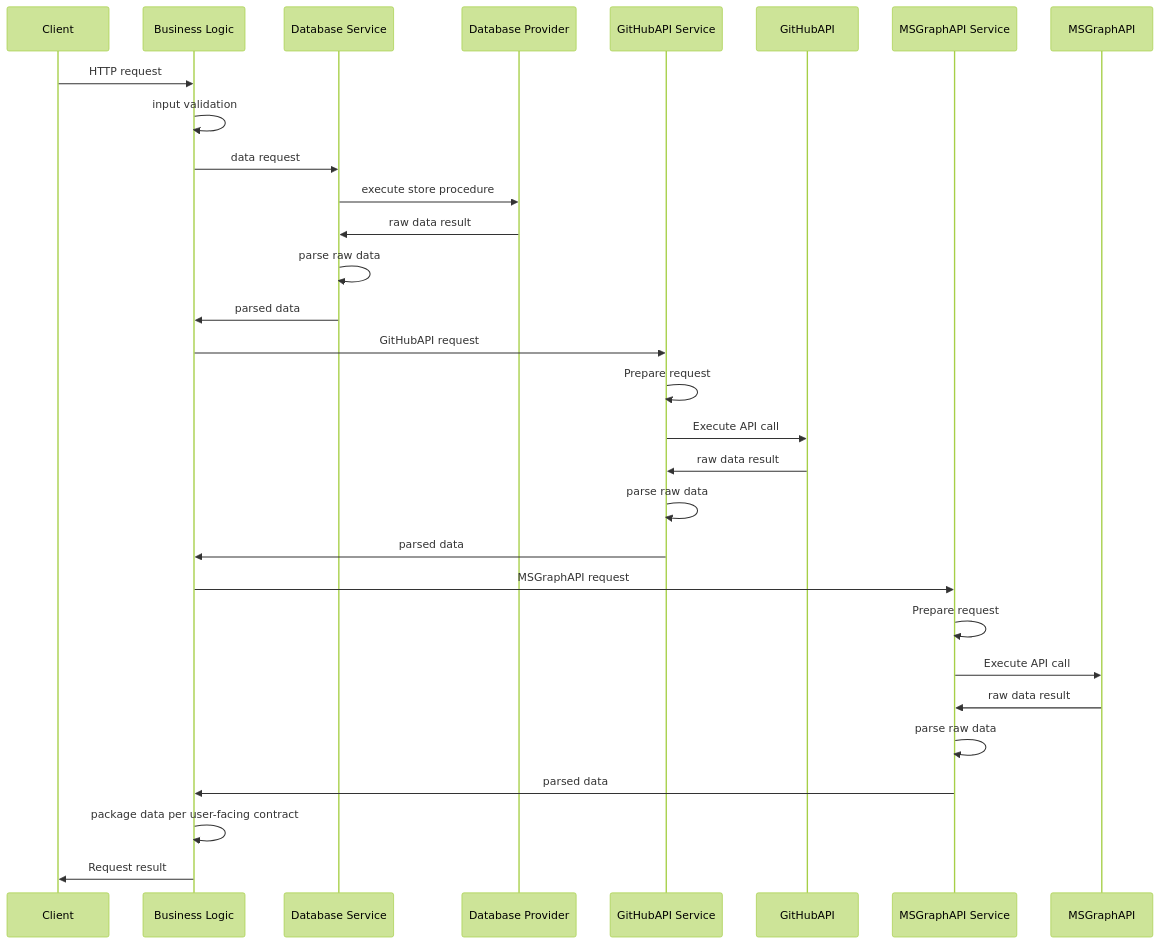
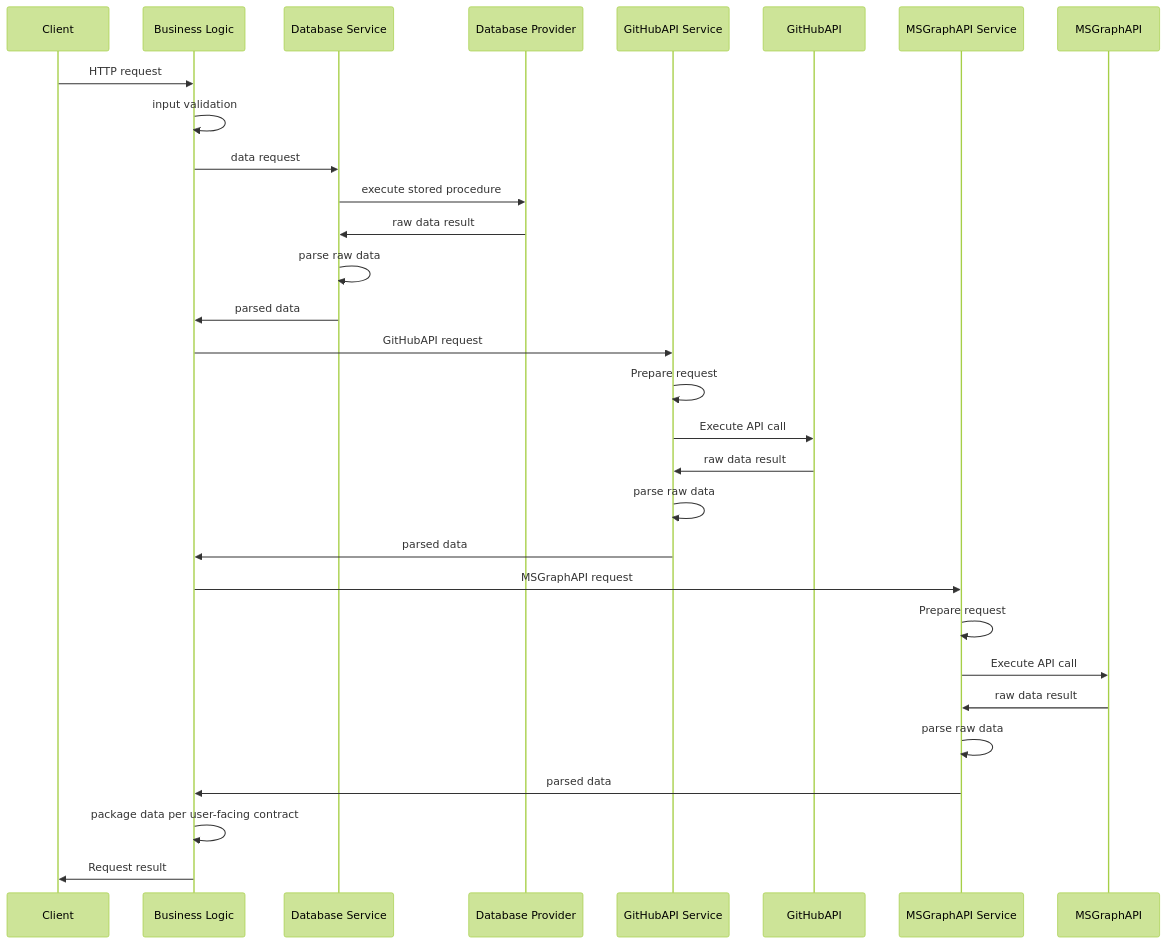
One commit to Avanade/gh-management changed the diagram in README.md. Above: the diagram before and after it, drawn with Mermaid (forest theme).

Commit message:
doc: fix typo error

````diff
--- a/README.md
+++ b/README.md
@@ -32,32 +32,32 @@
   ```mermaid
   sequenceDiagram
     participant Client
     participant Business Logic
     participant Database Service
     participant Database Provider
     participant GitHubAPI Service
     participant GitHubAPI
     participant MSGraphAPI Service
     participant MSGraphAPI
     Client->>Business Logic: HTTP request
     Business Logic->>Business Logic: input validation
     Business Logic->>Database Service: data request
-    Database Service->>Database Provider: execute store procedure
+    Database Service->>Database Provider: execute stored procedure
     Database Provider->>Database Service: raw data result
     Database Service->>Database Service: parse raw data
     Database Service->>Business Logic: parsed data
     Business Logic->>GitHubAPI Service: GitHubAPI request
     GitHubAPI Service->>GitHubAPI Service: Prepare request
     GitHubAPI Service->>GitHubAPI: Execute API call
     GitHubAPI->>GitHubAPI Service: raw data result
     GitHubAPI Service->>GitHubAPI Service: parse raw data
     GitHubAPI Service->>Business Logic: parsed data
     Business Logic->>MSGraphAPI Service: MSGraphAPI request
     MSGraphAPI Service->>MSGraphAPI Service: Prepare request
     MSGraphAPI Service->>MSGraphAPI: Execute API call
     MSGraphAPI->>MSGraphAPI Service: raw data result
     MSGraphAPI Service->>MSGraphAPI Service: parse raw data
     MSGraphAPI Service->>Business Logic: parsed data
     Business Logic->>Business Logic: package data per user-facing contract
     Business Logic->>Client: Request result
   ```
````
